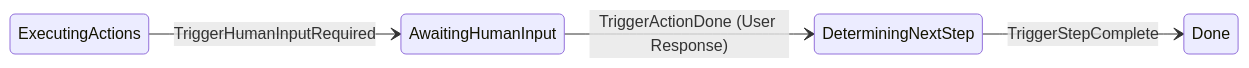
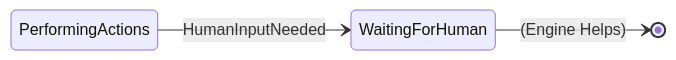
One commit to MKAPersonalOrganization/AgenticWorkflowPlatform changed the second of 2 diagrams in services/agentorchestrator/engine/engine.md. Above: the diagram before and after it, drawn with Mermaid. The commit also changed other lines of this file and 1 other file, not shown here.

````diff
--- a/services/agentorchestrator/engine/engine.md
+++ b/services/agentorchestrator/engine/engine.md
@@ -26,8 +27,7 @@
 ```mermaid
 stateDiagram-v2
     direction LR
     
-    ExecutingActions --> AwaitingHumanInput : TriggerHumanInputRequired
-    AwaitingHumanInput --> DeterminingNextStep : TriggerActionDone (User Response)
-    DeterminingNextStep --> Done : TriggerStepComplete
+    PerformingActions --> WaitingForHuman : HumanInputNeeded
+    WaitingForHuman --> [*] : (Engine Helps)
 ```
````
